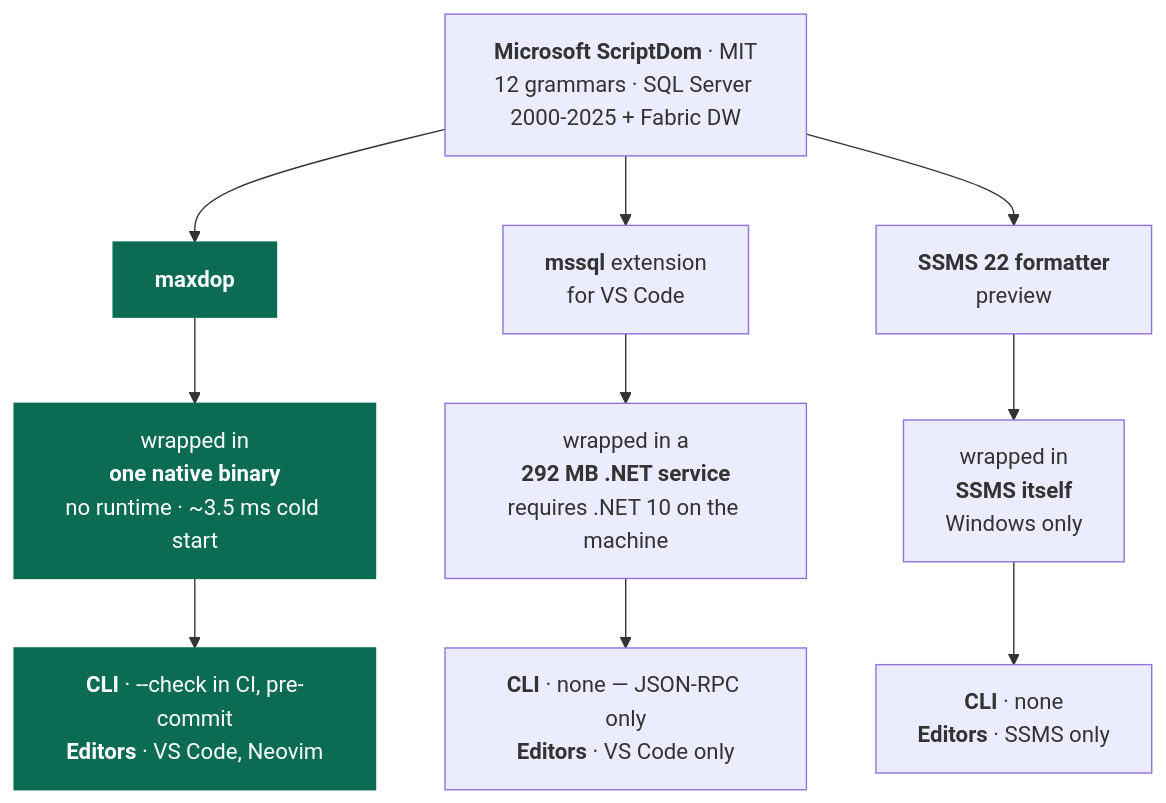
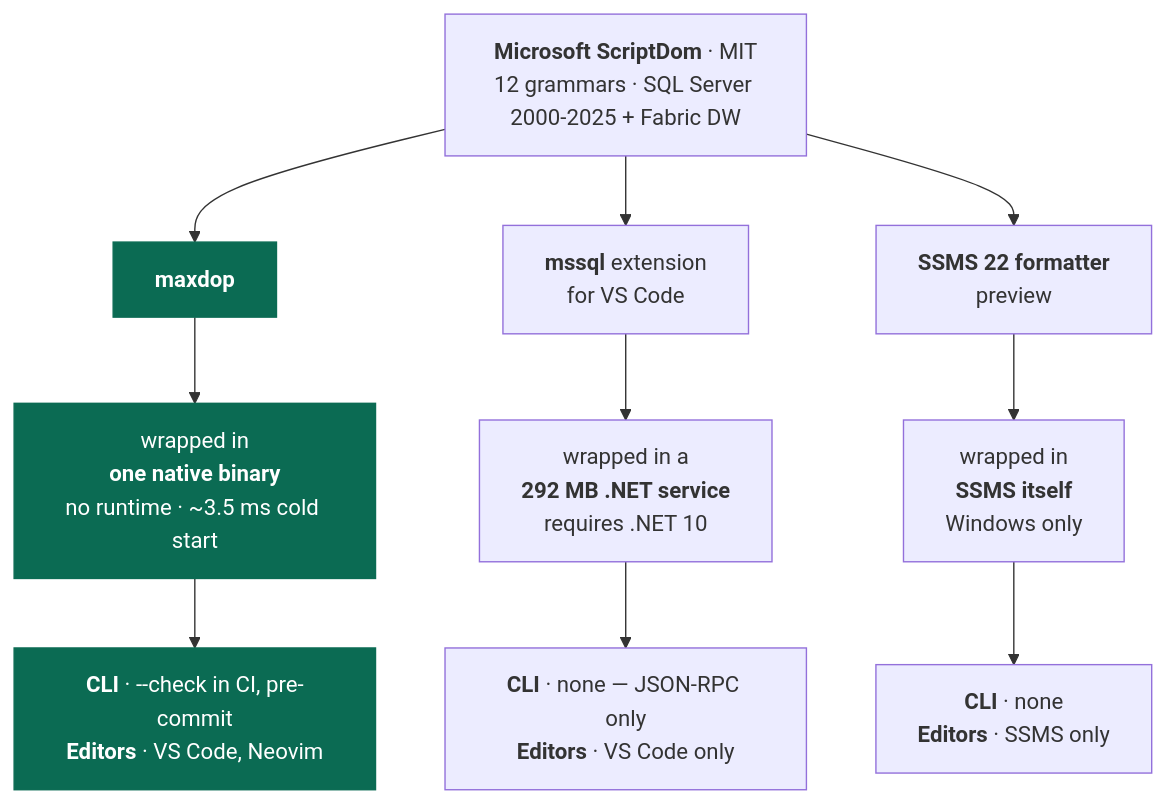
One commit to pagebrooks/maxdop changed the diagram in README.md. Above: the diagram before and after it, drawn with Mermaid. The commit also changed other lines of this file and 31 other files, not shown here.

````diff
--- a/README.md
+++ b/README.md
@@ -121,19 +122,19 @@
 ```mermaid
 flowchart TD
     SD["<b>Microsoft ScriptDom</b> · MIT<br/>12 grammars · SQL Server 2000-2025 + Fabric DW"]
 
     SD --> MX["<b>maxdop</b>"]
     SD --> MS["<b>mssql</b> extension<br/>for VS Code"]
     SD --> SS["<b>SSMS 22 formatter</b><br/>preview"]
 
     MX --> MXS["wrapped in<br/><b>one native binary</b><br/>no runtime · ~3.5 ms cold start"]
-    MS --> MSS["wrapped in a<br/><b>292 MB .NET service</b><br/>requires .NET 10 on the machine"]
+    MS --> MSS["wrapped in a<br/><b>292 MB .NET service</b><br/>requires .NET 10"]
     SS --> SSS["wrapped in<br/><b>SSMS itself</b><br/>Windows only"]
 
     MXS --> MXU["<b>CLI</b> · --check in CI, pre-commit<br/><b>Editors</b> · VS Code, Neovim"]
     MSS --> MSU["<b>CLI</b> · none — JSON-RPC only<br/><b>Editors</b> · VS Code only"]
     SSS --> SSU["<b>CLI</b> · none<br/><b>Editors</b> · SSMS only"]
 
     classDef mine fill:#0b6b53,stroke:#0b6b53,color:#ffffff;
     class MX,MXS,MXU mine;
 ```
````
